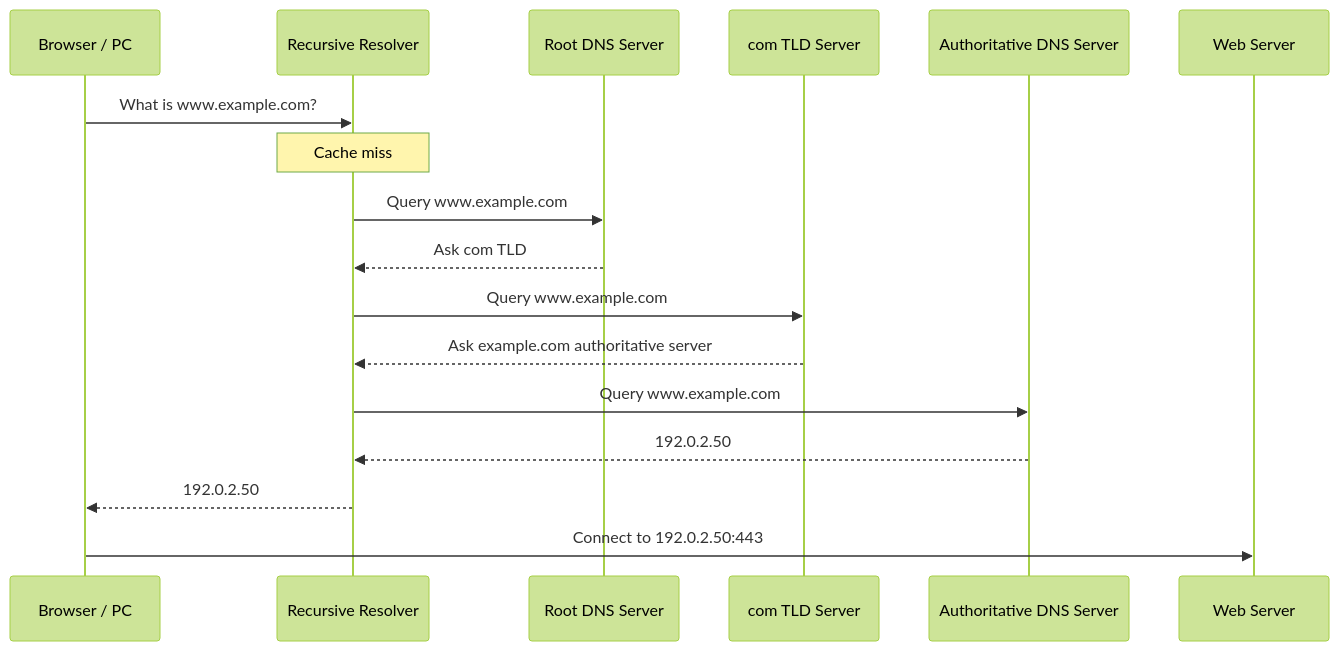
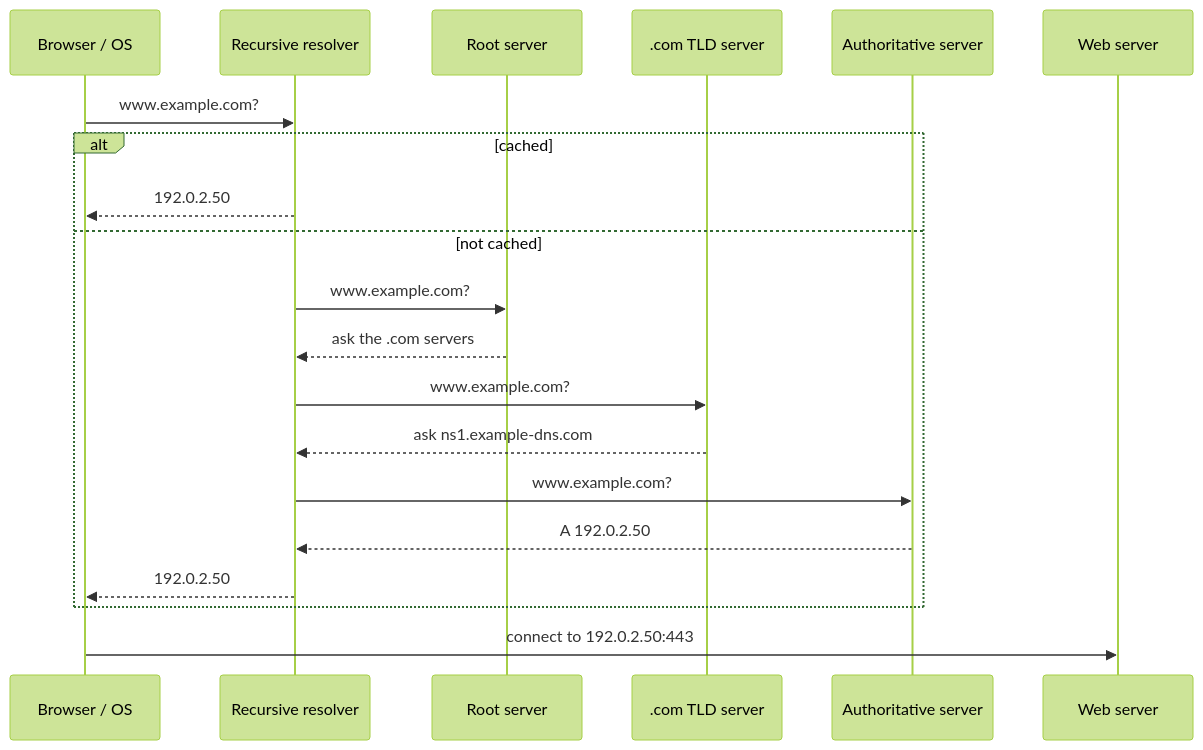
Diagram 11 of 12 in DevOps/NaNa/Linux/6. Networking Fundamentals.md (RyanM-Dev/My-Summery), drawn with Mermaid (forest theme) before and after one commit. The commit also changed other lines of this file and 16 other files, not shown here.

````diff
--- a/DevOps/NaNa/Linux/6. Networking Fundamentals.md
+++ b/DevOps/NaNa/Linux/6. Networking Fundamentals.md
@@ -1284,19 +557,22 @@
 ```mermaid
 sequenceDiagram
-    participant B as Browser / PC
-    participant R as Recursive Resolver
-    participant ROOT as Root DNS Server
-    participant T as com TLD Server
-    participant A as Authoritative DNS Server
-    participant W as Web Server
-    B->>R: What is www.example.com?
-    Note over R: Cache miss
-    R->>ROOT: Query www.example.com
-    ROOT-->>R: Ask com TLD
-    R->>T: Query www.example.com
-    T-->>R: Ask example.com authoritative server
-    R->>A: Query www.example.com
-    A-->>R: 192.0.2.50
-    R-->>B: 192.0.2.50
-    B->>W: Connect to 192.0.2.50:443
+    participant B as Browser / OS
+    participant R as Recursive resolver
+    participant ROOT as Root server
+    participant T as .com TLD server
+    participant A as Authoritative server
+    participant W as Web server
+    B->>R: www.example.com?
+    alt cached
+        R-->>B: 192.0.2.50
+    else not cached
+        R->>ROOT: www.example.com?
+        ROOT-->>R: ask the .com servers
+        R->>T: www.example.com?
+        T-->>R: ask ns1.example-dns.com
+        R->>A: www.example.com?
+        A-->>R: A 192.0.2.50
+        R-->>B: 192.0.2.50
+    end
+    B->>W: connect to 192.0.2.50:443
 ```
````
